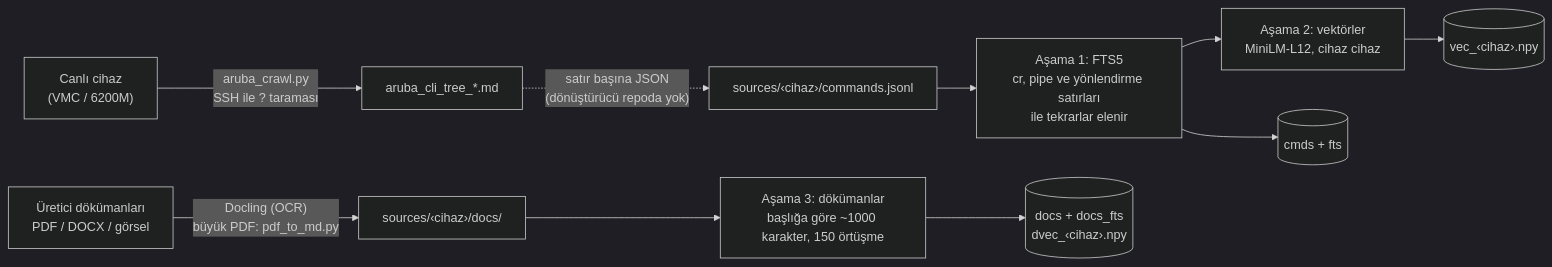
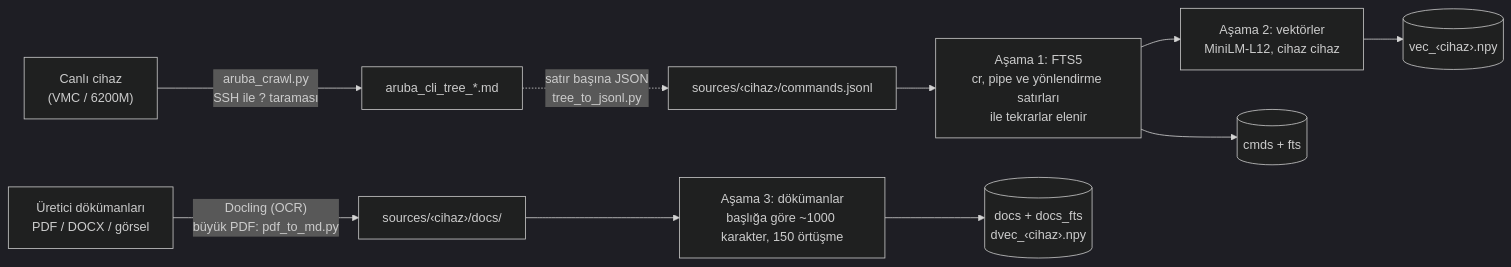
Before and after one commit to emreyigit-tasdelen/Sensei-Aruba: the third of 4 diagrams in README.md, drawn with Mermaid (dark theme). The commit also changed other lines of this file and 5 other files, not shown here.

Commit message:
docs: güvenlik bölümü sertleştirme önerilerine çevrildi, kişisel notlar temizlendi; ağaç→jsonl dönüştürücü eklendi

````diff
--- a/README.md
+++ b/README.md
@@ -148,12 +146,12 @@
 ```mermaid
 flowchart LR
     DEV["Canlı cihaz<br/>(VMC / 6200M)"] -->|"aruba_crawl.py<br/>SSH ile ? taraması"| TREE["aruba_cli_tree_*.md"]
-    TREE -.->|"satır başına JSON<br/>(dönüştürücü repoda yok)"| JSONL["sources/‹cihaz›/commands.jsonl"]
+    TREE -.->|"satır başına JSON<br/>tree_to_jsonl.py"| JSONL["sources/‹cihaz›/commands.jsonl"]
     PDF["Üretici dökümanları<br/>PDF / DOCX / görsel"] -->|"Docling (OCR)<br/>büyük PDF: pdf_to_md.py"| MD["sources/‹cihaz›/docs/"]
     JSONL --> P1["Aşama 1: FTS5<br/>cr, pipe ve yönlendirme satırları<br/>ile tekrarlar elenir"]
     P1 --> P2["Aşama 2: vektörler<br/>MiniLM-L12, cihaz cihaz"]
     MD --> P3["Aşama 3: dökümanlar<br/>başlığa göre ~1000 karakter, 150 örtüşme"]
     P1 --> FTS[("cmds + fts")]
     P2 --> VEC[("vec_‹cihaz›.npy")]
     P3 --> DOCS[("docs + docs_fts<br/>dvec_‹cihaz›.npy")]
 ```
````
